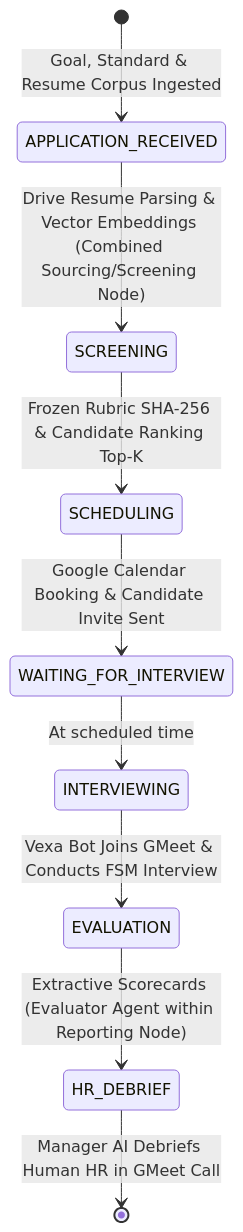
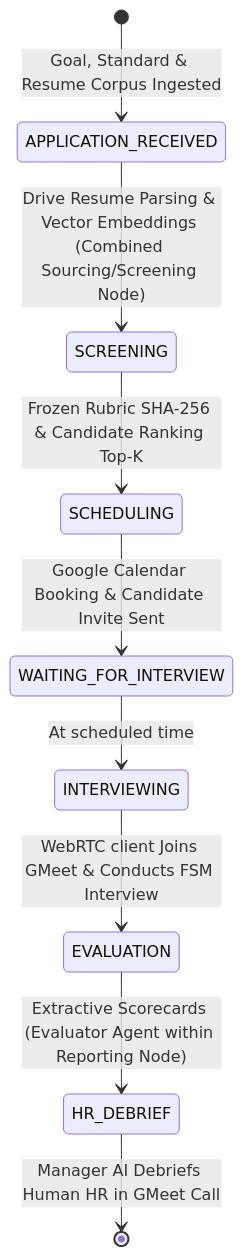
Before and after one commit to VishnuSuryaTejaa/TalentOops: the third of 3 diagrams in HLD.md, drawn with Mermaid. The commit also changed other lines of this file and 62 other files, not shown here.

````diff
--- a/HLD.md
+++ b/HLD.md
@@ -113,11 +113,11 @@
 ```mermaid
 stateDiagram-v2
     [*] --> APPLICATION_RECEIVED: Goal, Standard & Resume Corpus Ingested
     APPLICATION_RECEIVED --> SCREENING: Drive Resume Parsing & Vector Embeddings (Combined Sourcing/Screening Node)
     SCREENING --> SCHEDULING: Frozen Rubric SHA-256 & Candidate Ranking Top-K
     SCHEDULING --> WAITING_FOR_INTERVIEW: Google Calendar Booking & Candidate Invite Sent
     WAITING_FOR_INTERVIEW --> INTERVIEWING: At scheduled time
-    INTERVIEWING --> EVALUATION: Vexa Bot Joins GMeet & Conducts FSM Interview
+    INTERVIEWING --> EVALUATION: WebRTC client Joins GMeet & Conducts FSM Interview
     EVALUATION --> HR_DEBRIEF: Extractive Scorecards (Evaluator Agent within Reporting Node)
     HR_DEBRIEF --> [*]: Manager AI Debriefs Human HR in GMeet Call
 ```
````
